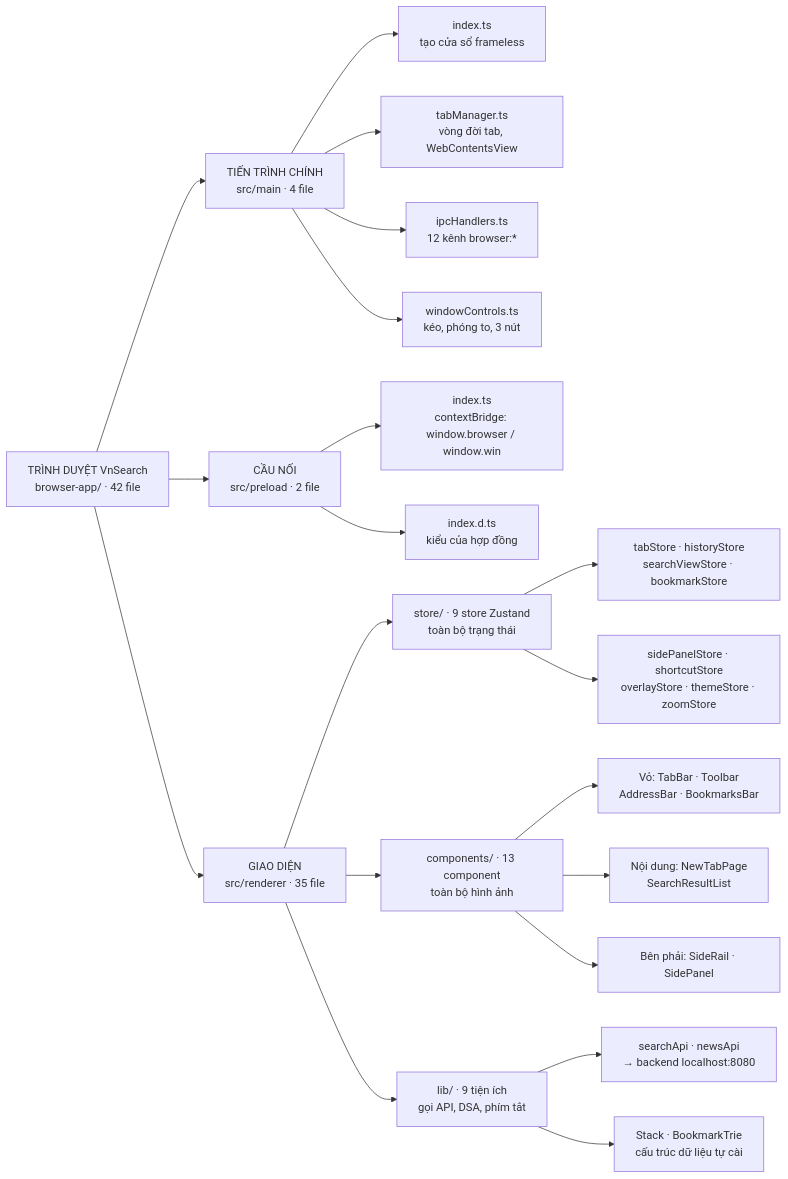
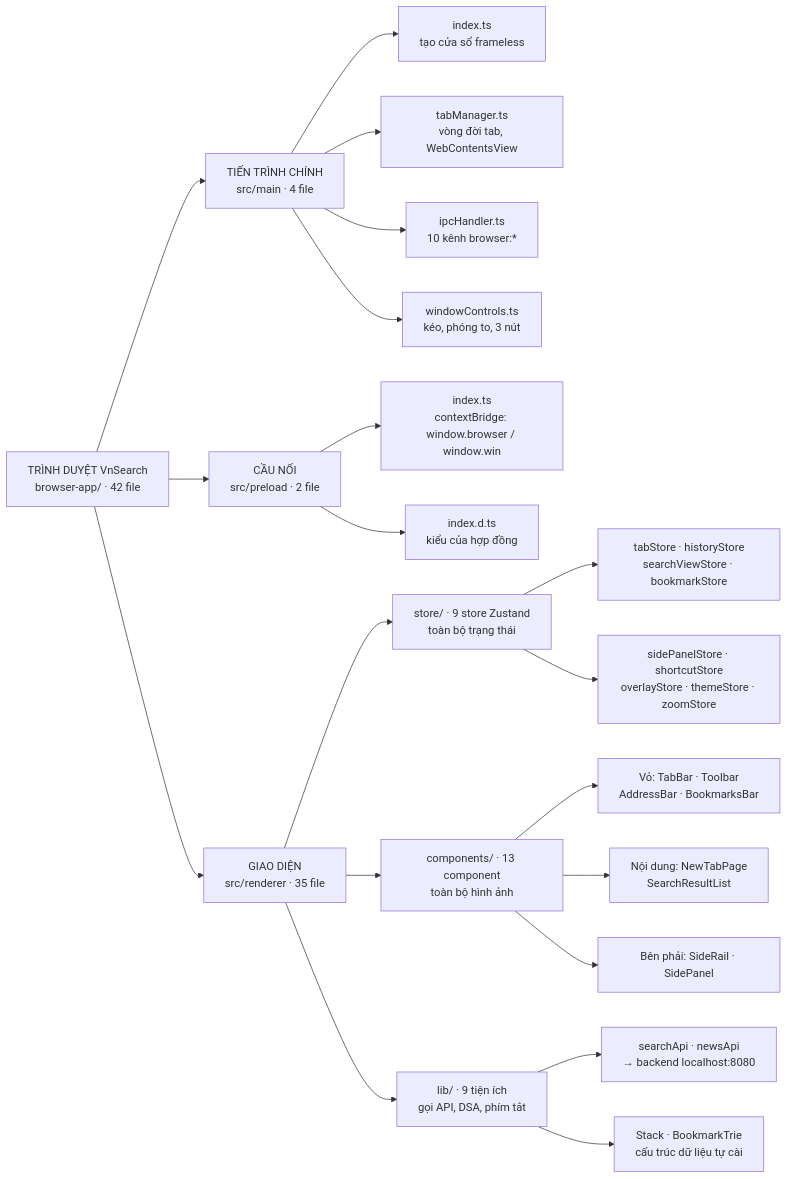
One commit to KietAnhCS/CocCoc-Plus changed the first of 7 diagrams in docs/FRONTEND.md. Above: the diagram before and after it, drawn with Mermaid. The commit also changed other lines of this file and 73 other files, not shown here.

First line of the commit message:
docs: fix drift and add diagrams (#22)

````diff
--- a/docs/FRONTEND.md
+++ b/docs/FRONTEND.md
@@ -44,30 +44,30 @@
 ```mermaid
 flowchart LR
     ROOT["TRÌNH DUYỆT VnSearch<br/>browser-app/ · 42 file"]
 
     ROOT --> M["TIẾN TRÌNH CHÍNH<br/>src/main · 4 file"]
     ROOT --> P["CẦU NỐI<br/>src/preload · 2 file"]
     ROOT --> R["GIAO DIỆN<br/>src/renderer · 35 file"]
 
     M --> M1["index.ts<br/>tạo cửa sổ frameless"]
     M --> M2["tabManager.ts<br/>vòng đời tab, WebContentsView"]
-    M --> M3["ipcHandlers.ts<br/>12 kênh browser:*"]
+    M --> M3["ipcHandler.ts<br/>10 kênh browser:*"]
     M --> M4["windowControls.ts<br/>kéo, phóng to, 3 nút"]
 
     P --> P1["index.ts<br/>contextBridge: window.browser / window.win"]
     P --> P2["index.d.ts<br/>kiểu của hợp đồng"]
 
     R --> S["store/ · 9 store Zustand<br/>toàn bộ trạng thái"]
     R --> C["components/ · 13 component<br/>toàn bộ hình ảnh"]
     R --> L["lib/ · 9 tiện ích<br/>gọi API, DSA, phím tắt"]
 
     S --> S1["tabStore · historyStore<br/>searchViewStore · bookmarkStore"]
     S --> S2["sidePanelStore · shortcutStore<br/>overlayStore · themeStore · zoomStore"]
 
     C --> C1["Vỏ: TabBar · Toolbar<br/>AddressBar · BookmarksBar"]
     C --> C2["Nội dung: NewTabPage<br/>SearchResultList"]
     C --> C3["Bên phải: SideRail · SidePanel"]
 
     L --> L1["searchApi · newsApi<br/>→ backend localhost:8080"]
     L --> L2["Stack · BookmarkTrie<br/>cấu trúc dữ liệu tự cài"]
 ```
````
